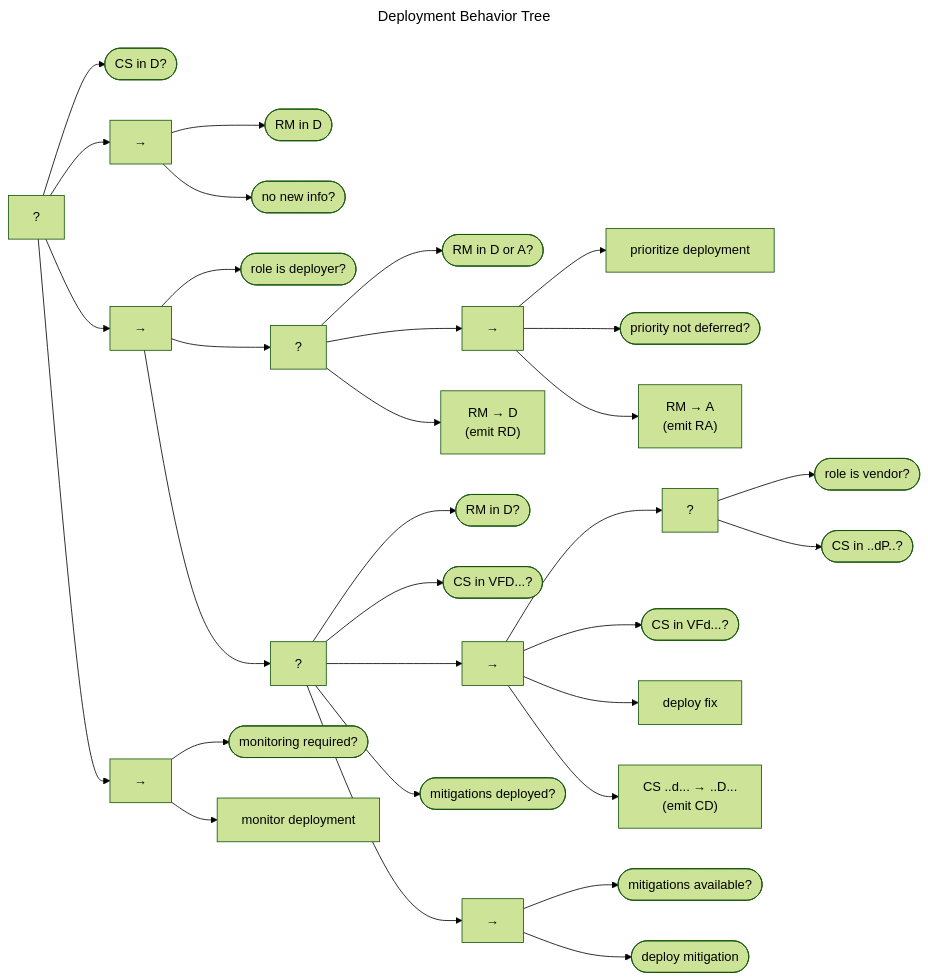
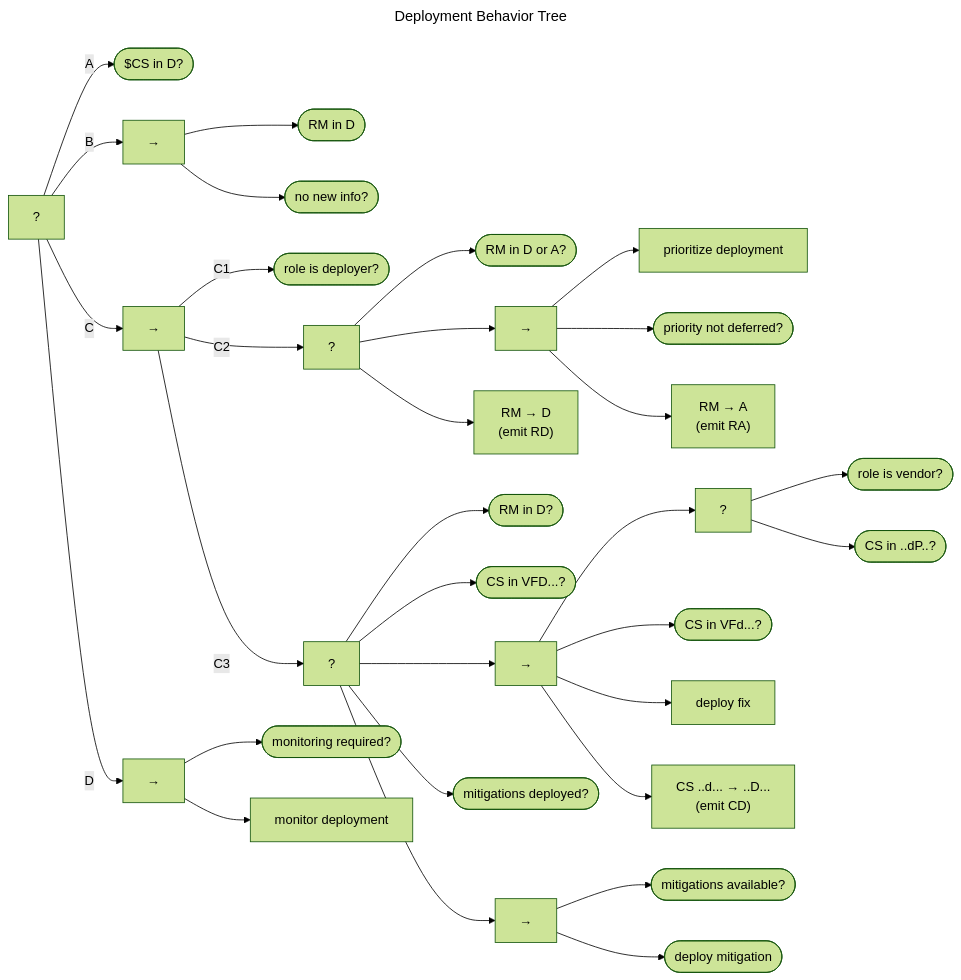
Before and after one commit to CERTCC/Vultron: the diagram in docs/topics/behavior_logic/deployment_bt.md, drawn with Mermaid (forest theme). The commit also changed other lines of this file and 21 other files, not shown here.

````diff
--- a/docs/topics/behavior_logic/deployment_bt.md
+++ b/docs/topics/behavior_logic/deployment_bt.md
@@ -7,69 +7,67 @@
 ```mermaid
 ---
 title: Deployment Behavior Tree
 ---
 flowchart LR
     fb["?"]
-    cs_d(["CS in D?"])
-    fb --> cs_d
+    cs_d(["$CS in D?"])
+    fb -->|A| cs_d
     rm_d_seq["&rarr;"]
-    fb --> rm_d_seq
+    fb -->|B| rm_d_seq
     rm_d(["RM in D"])
     rm_d_seq --> rm_d
     rm_d_no_new_info([no new info?])
     rm_d_seq --> rm_d_no_new_info
     dep_seq["&rarr;"]
-    fb --> dep_seq
+    fb -->|C| dep_seq
     role_is_deployer(["role is deployer?"])
-    dep_seq --> role_is_deployer
+    dep_seq -->|C1| role_is_deployer
     dep_fb["?"]
-    dep_seq --> dep_fb
+    dep_seq -->|C2| dep_fb
     rm_in_d_or_a(["RM in D or A?"])
     dep_fb --> rm_in_d_or_a
     da_seq["&rarr;"]
     dep_fb --> da_seq
     prioritize_dep["prioritize deployment"]
     da_seq --> prioritize_dep
     da_not_deferred(["priority not deferred?"])
     da_seq --> da_not_deferred
     da_rm_to_a["RM &rarr; A<br/>(emit RA)"]
     da_seq --> da_rm_to_a
     da_rm_to_d["RM &rarr; D<br/>(emit RD)"]
     dep_fb --> da_rm_to_d
     dep_fb2["?"]
-    dep_seq --> dep_fb2
+    dep_seq -->|C3| dep_fb2
     df2_rm_d(["RM in D?"])
     dep_fb2 --> df2_rm_d
     df2_cs_VFD(["CS in VFD...?"])
     dep_fb2 --> df2_cs_VFD
     dseq["&rarr;"]
     dep_fb2 --> dseq
     dsfb["?"]
     dseq --> dsfb
     role_is_vendor(["role is vendor?"])
     dsfb --> role_is_vendor
     dsfb_cs_dP(["CS in ..dP..?"])
     dsfb --> dsfb_cs_dP
     ds_cs_VFd(["CS in VFd...?"])
     dseq --> ds_cs_VFd
     ds_deploy_fix["deploy fix"]
     dseq --> ds_deploy_fix
     dseq_to_d["CS ..d... &rarr; ..D...<br/>(emit CD)"]
     dseq --> dseq_to_d
     mit_dep(["mitigations deployed?"])
     dep_fb2 --> mit_dep
     mseq["&rarr;"]
     dep_fb2 --> mseq
     m_mit_avail(["mitigations available?"])
     mseq --> m_mit_avail
     m_deploy_mit(["deploy mitigation"])
     mseq --> m_deploy_mit
     mon_seq["&rarr;"]
-    fb --> mon_seq
+    fb -->|D| mon_seq
     mon_req(["monitoring required?"])
     mon_seq --> mon_req
     mon["monitor deployment"]
     mon_seq --> mon
-    
-    
 ```
````
